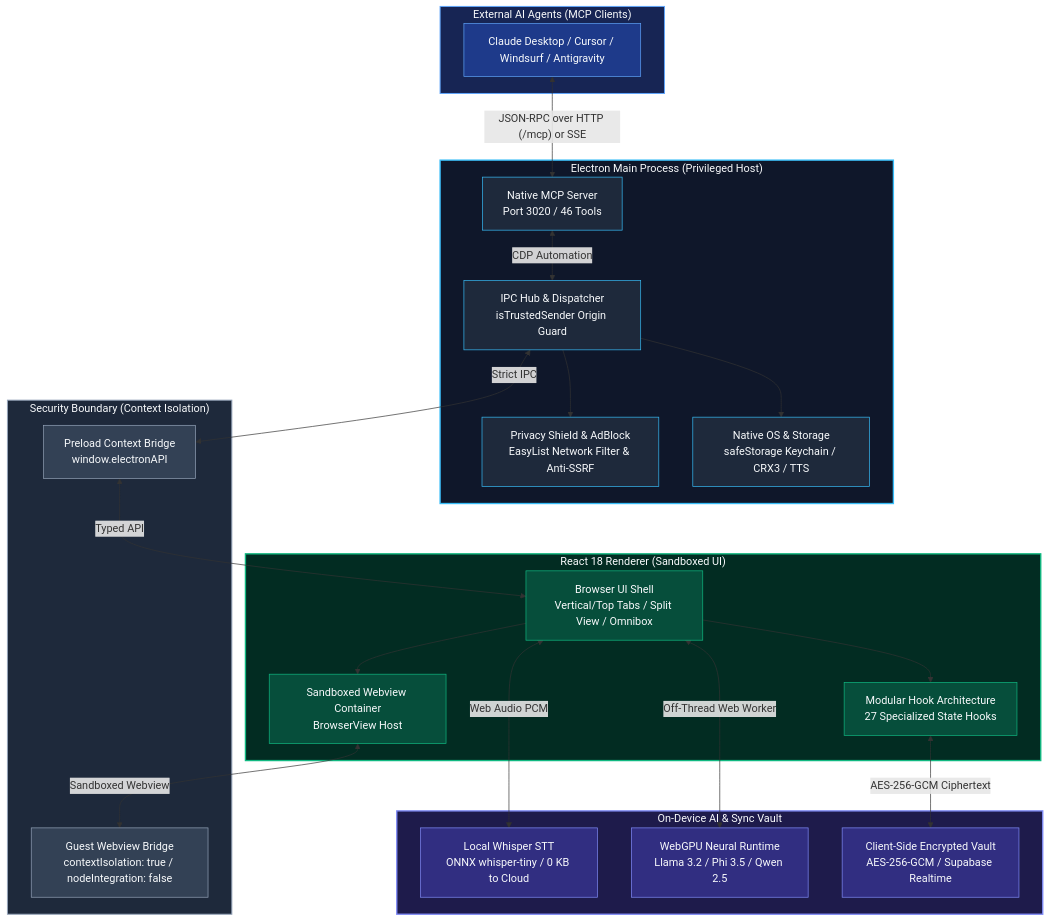
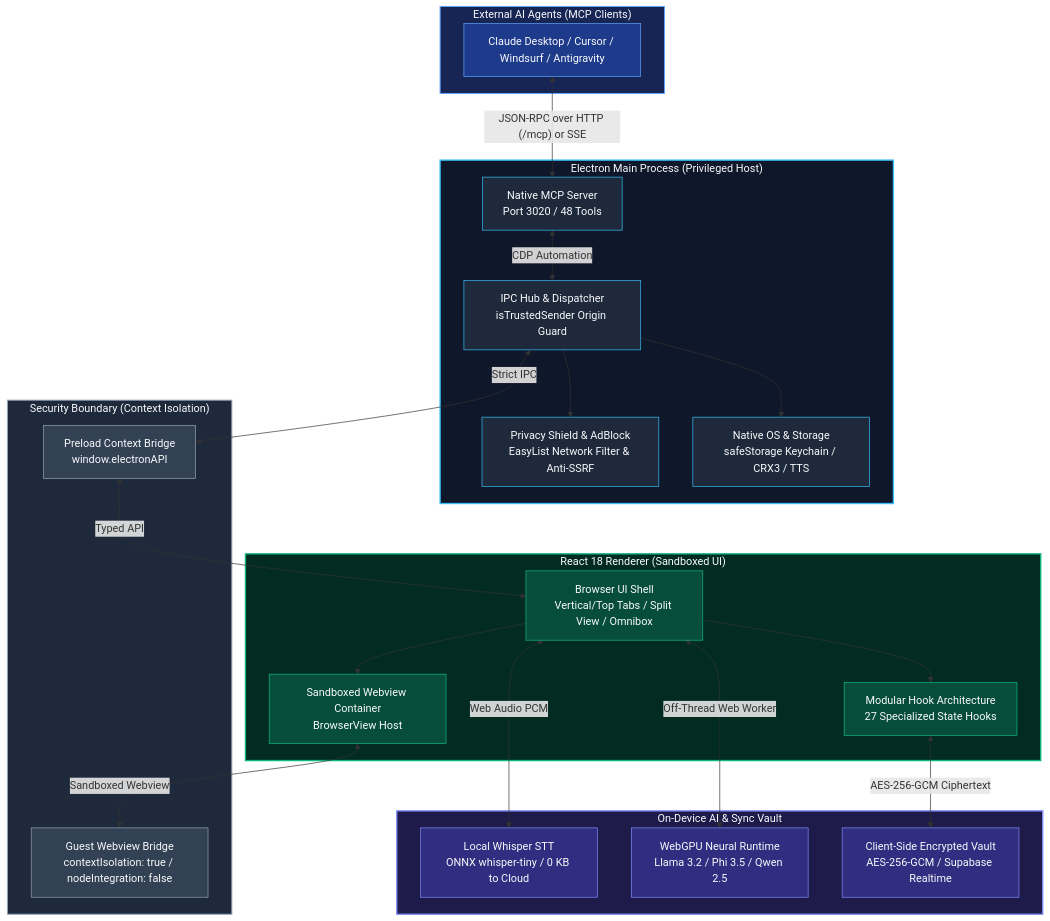
The diagram in README.md (MOT1209/King_Browser), drawn with Mermaid before and after one commit. The commit also changed other lines of this file and 20 other files, not shown here.

````diff
--- a/README.md
+++ b/README.md
@@ -662,69 +664,69 @@
 ```mermaid
 flowchart TB
     subgraph Clients["External AI Agents (MCP Clients)"]
         agentClient["Claude Desktop / Cursor / Windsurf / Antigravity"]
     end
 
     subgraph Main["Electron Main Process (Privileged Host)"]
-        mcp["Native MCP Server<br/>Port 3020 / 46 Tools"]
+        mcp["Native MCP Server<br/>Port 3020 / 48 Tools"]
         ipcMain["IPC Hub & Dispatcher<br/>isTrustedSender Origin Guard"]
         netShield["Privacy Shield & AdBlock<br/>EasyList Network Filter & Anti-SSRF"]
         osBridge["Native OS & Storage<br/>safeStorage Keychain / CRX3 / TTS"]
     end
 
     subgraph Boundary["Security Boundary (Context Isolation)"]
         preloadAPI["Preload Context Bridge<br/>window.electronAPI"]
         guestPreload["Guest Webview Bridge<br/>contextIsolation: true / nodeIntegration: false"]
     end
 
     subgraph Renderer["React 18 Renderer (Sandboxed UI)"]
         uiShell["Browser UI Shell<br/>Vertical/Top Tabs / Split View / Omnibox"]
         hookEngine["Modular Hook Architecture<br/>27 Specialized State Hooks"]
         viewHost["Sandboxed Webview Container<br/>BrowserView Host"]
     end
 
     subgraph Neural["On-Device AI & Sync Vault"]
         whisperEngine["Local Whisper STT<br/>ONNX whisper-tiny / 0 KB to Cloud"]
         webgpuEngine["WebGPU Neural Runtime<br/>Llama 3.2 / Phi 3.5 / Qwen 2.5"]
         syncVault["Client-Side Encrypted Vault<br/>AES-256-GCM / Supabase Realtime"]
     end
 
     agentClient <-->|"JSON-RPC over HTTP (/mcp) or SSE"| mcp
     mcp <-->|"CDP Automation"| ipcMain
     ipcMain <-->|"Strict IPC"| preloadAPI
     preloadAPI <-->|"Typed API"| uiShell
     ipcMain --> netShield
     ipcMain --> osBridge
 
     uiShell --> hookEngine
     uiShell --> viewHost
     viewHost <-->|"Sandboxed Webview"| guestPreload
 
     uiShell <-->|"Web Audio PCM"| whisperEngine
     uiShell <-->|"Off-Thread Web Worker"| webgpuEngine
     hookEngine <-->|"AES-256-GCM Ciphertext"| syncVault
 
     style Main fill:#0f172a,stroke:#38bdf8,stroke-width:2px,color:#f8fafc
     style Boundary fill:#1e293b,stroke:#94a3b8,stroke-width:1.5px,color:#f8fafc
     style Renderer fill:#022c22,stroke:#10b981,stroke-width:2px,color:#f8fafc
     style Neural fill:#1e1b4b,stroke:#818cf8,stroke-width:2px,color:#f8fafc
     style Clients fill:#172554,stroke:#60a5fa,stroke-width:1.5px,color:#f8fafc
 
     style mcp fill:#1e293b,stroke:#38bdf8,stroke-width:1px,color:#f8fafc
     style ipcMain fill:#1e293b,stroke:#38bdf8,stroke-width:1px,color:#f8fafc
     style netShield fill:#1e293b,stroke:#38bdf8,stroke-width:1px,color:#f8fafc
     style osBridge fill:#1e293b,stroke:#38bdf8,stroke-width:1px,color:#f8fafc
 
     style preloadAPI fill:#334155,stroke:#94a3b8,stroke-width:1px,color:#f8fafc
     style guestPreload fill:#334155,stroke:#94a3b8,stroke-width:1px,color:#f8fafc
 
     style uiShell fill:#064e3b,stroke:#10b981,stroke-width:1px,color:#f8fafc
     style hookEngine fill:#064e3b,stroke:#10b981,stroke-width:1px,color:#f8fafc
     style viewHost fill:#064e3b,stroke:#10b981,stroke-width:1px,color:#f8fafc
 
     style whisperEngine fill:#312e81,stroke:#818cf8,stroke-width:1px,color:#f8fafc
     style webgpuEngine fill:#312e81,stroke:#818cf8,stroke-width:1px,color:#f8fafc
     style syncVault fill:#312e81,stroke:#818cf8,stroke-width:1px,color:#f8fafc
 
     style agentClient fill:#1e3a8a,stroke:#60a5fa,stroke-width:1px,color:#f8fafc
 ```
````
